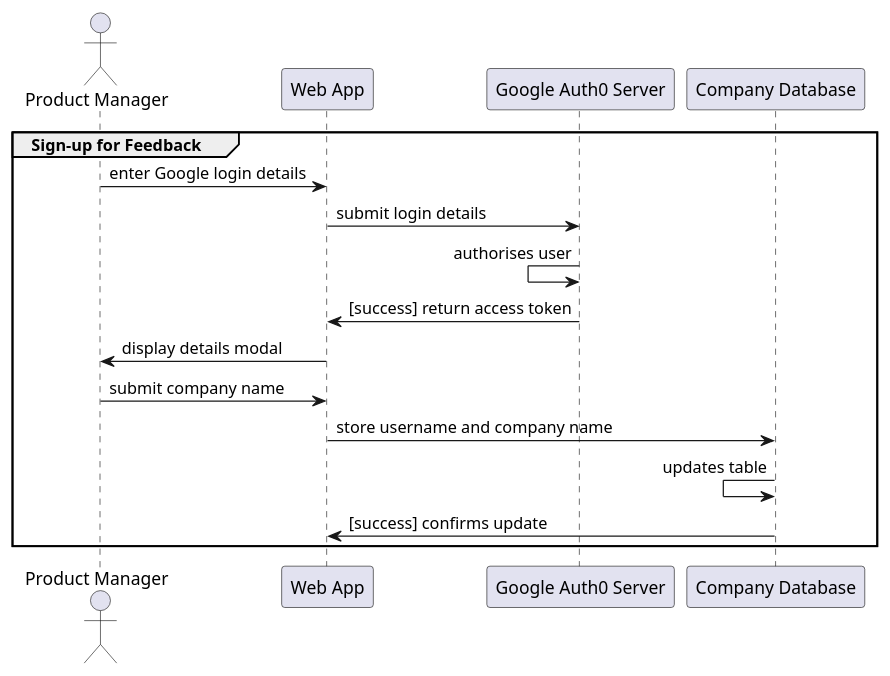
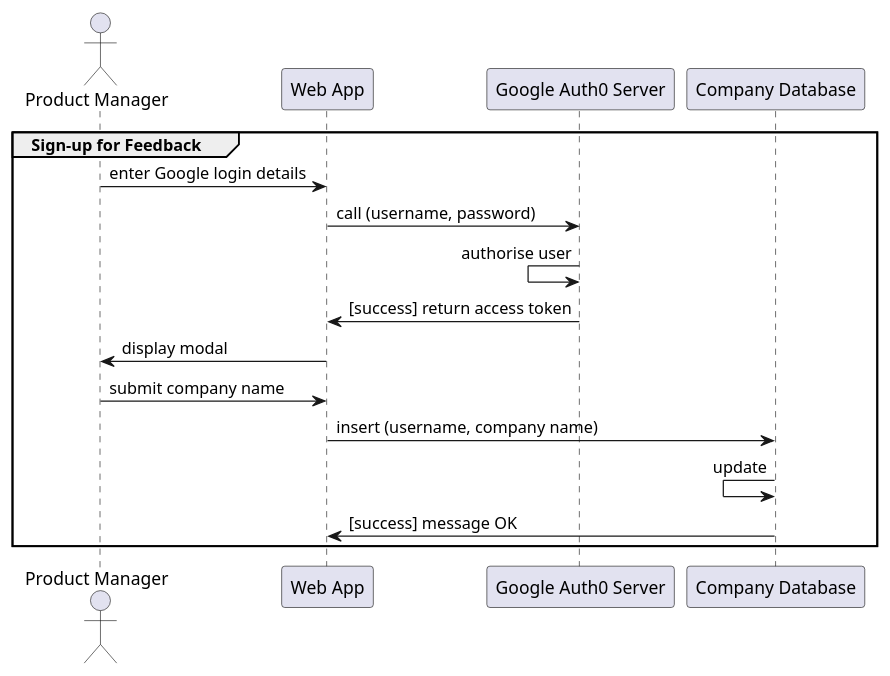
The diagram in examples/sign-up.puml (jennifer-platt/ECM2429-UML), drawn with PlantUML before and after one commit. The commit also changed 2 other files, not shown here.

```diff
--- a/examples/sign-up.puml
+++ b/examples/sign-up.puml
@@ -1,17 +1,17 @@
-@startuml system-flow_enter-test-result-code
+@startuml sign-up
 
 Actor "Product Manager"
 
 group Sign-up for Feedback
 "Product Manager" -> "Web App": enter Google login details
-"Web App" -> "Google Auth0 Server": submit login details
-"Google Auth0 Server" <- "Google Auth0 Server": authorises user
+"Web App" -> "Google Auth0 Server": call (username, password)
+"Google Auth0 Server" <- "Google Auth0 Server": authorise user
 "Web App" <- "Google Auth0 Server": [success] return access token
-"Product Manager" <- "Web App": display details modal
+"Product Manager" <- "Web App": display modal
 "Product Manager" -> "Web App": submit company name
-"Web App" -> "Company Database": store username and company name
-"Company Database" <- "Company Database": updates table
-"Web App" <- "Company Database": [success] confirms update
+"Web App" -> "Company Database": insert (username, company name)
+"Company Database" <- "Company Database": update
+"Web App" <- "Company Database": [success] message OK
 end
 
 @enduml
```
